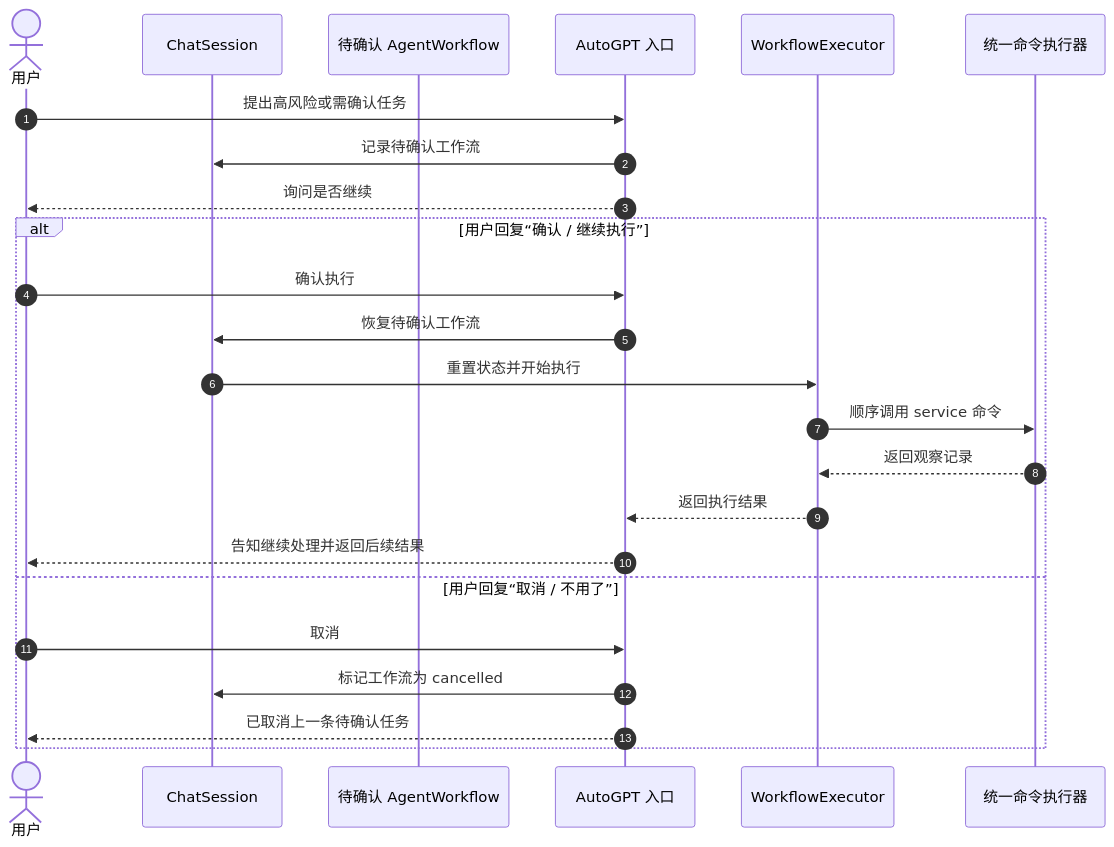
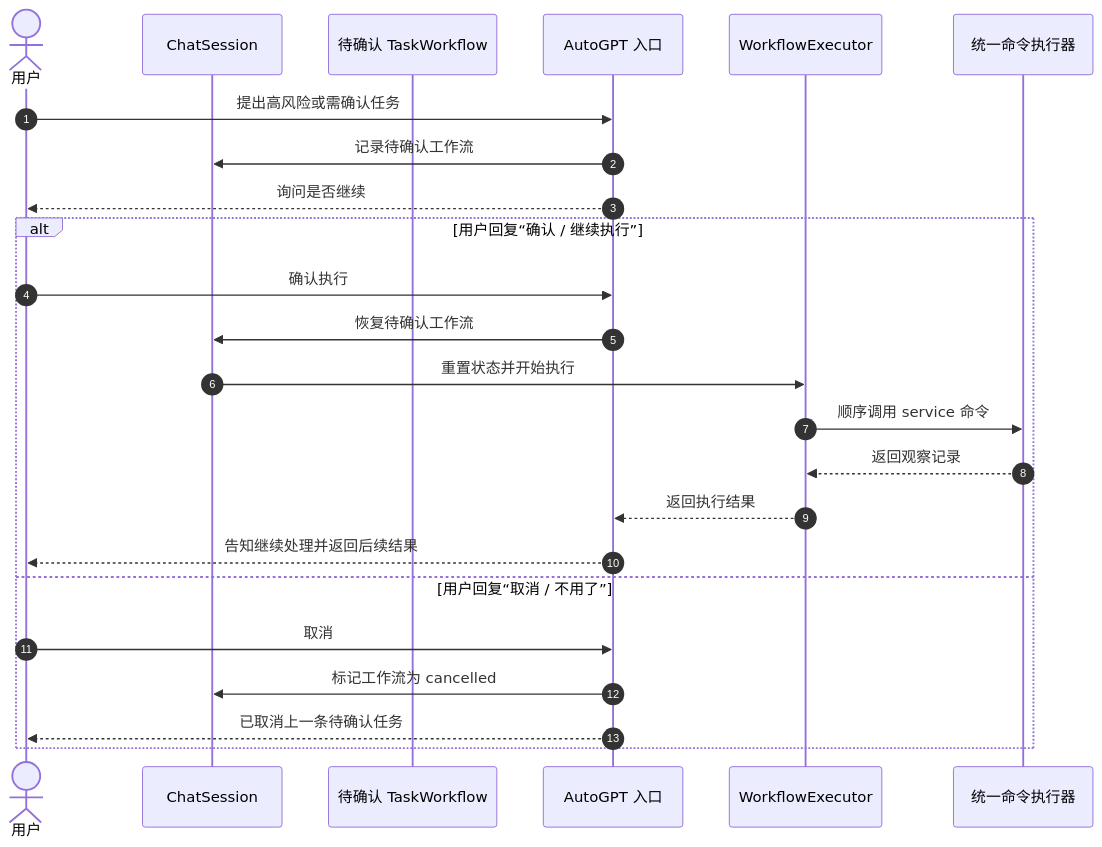
Before and after one commit to ClassRobot/ClassRobot: the second of 2 diagrams in docs/guides/agent-playbooks.md, drawn with Mermaid. The commit also changed other lines of this file and 319 other files, not shown here.

````diff
--- a/docs/guides/agent-playbooks.md
+++ b/docs/guides/agent-playbooks.md
@@ -91,28 +91,28 @@
 ```mermaid
 sequenceDiagram
     autonumber
     actor User as 用户
     participant Session as ChatSession
-    participant Workflow as 待确认 AgentWorkflow
+    participant Workflow as 待确认 TaskWorkflow
     participant Entry as AutoGPT 入口
     participant Executor as WorkflowExecutor
     participant Commands as 统一命令执行器
 
     User->>Entry: 提出高风险或需确认任务
     Entry->>Session: 记录待确认工作流
     Entry-->>User: 询问是否继续
 
     alt 用户回复“确认 / 继续执行”
         User->>Entry: 确认执行
         Entry->>Session: 恢复待确认工作流
         Session->>Executor: 重置状态并开始执行
         Executor->>Commands: 顺序调用 service 命令
         Commands-->>Executor: 返回观察记录
         Executor-->>Entry: 返回执行结果
         Entry-->>User: 告知继续处理并返回后续结果
     else 用户回复“取消 / 不用了”
         User->>Entry: 取消
         Entry->>Session: 标记工作流为 cancelled
         Entry-->>User: 已取消上一条待确认任务
     end
 ```
````
